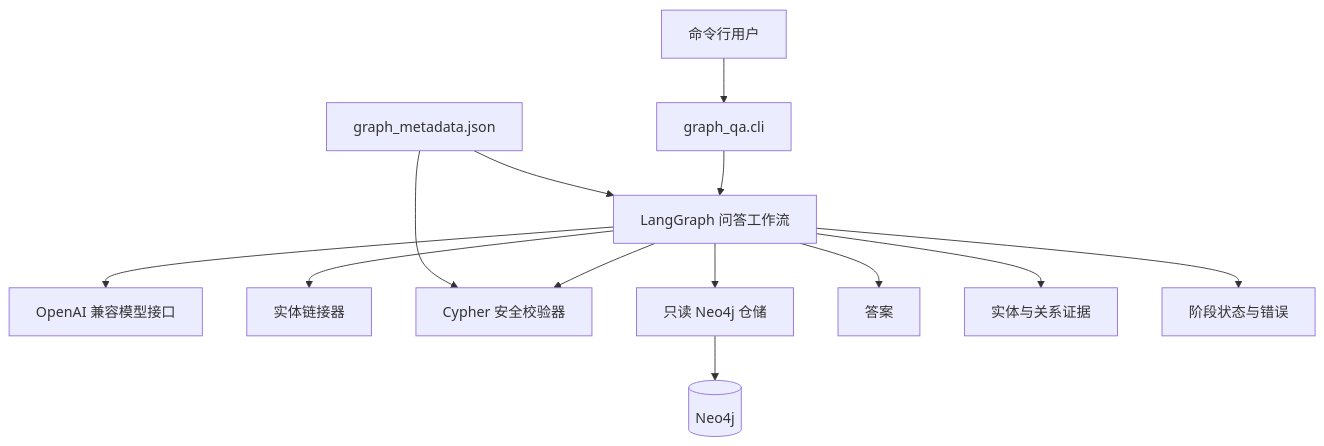
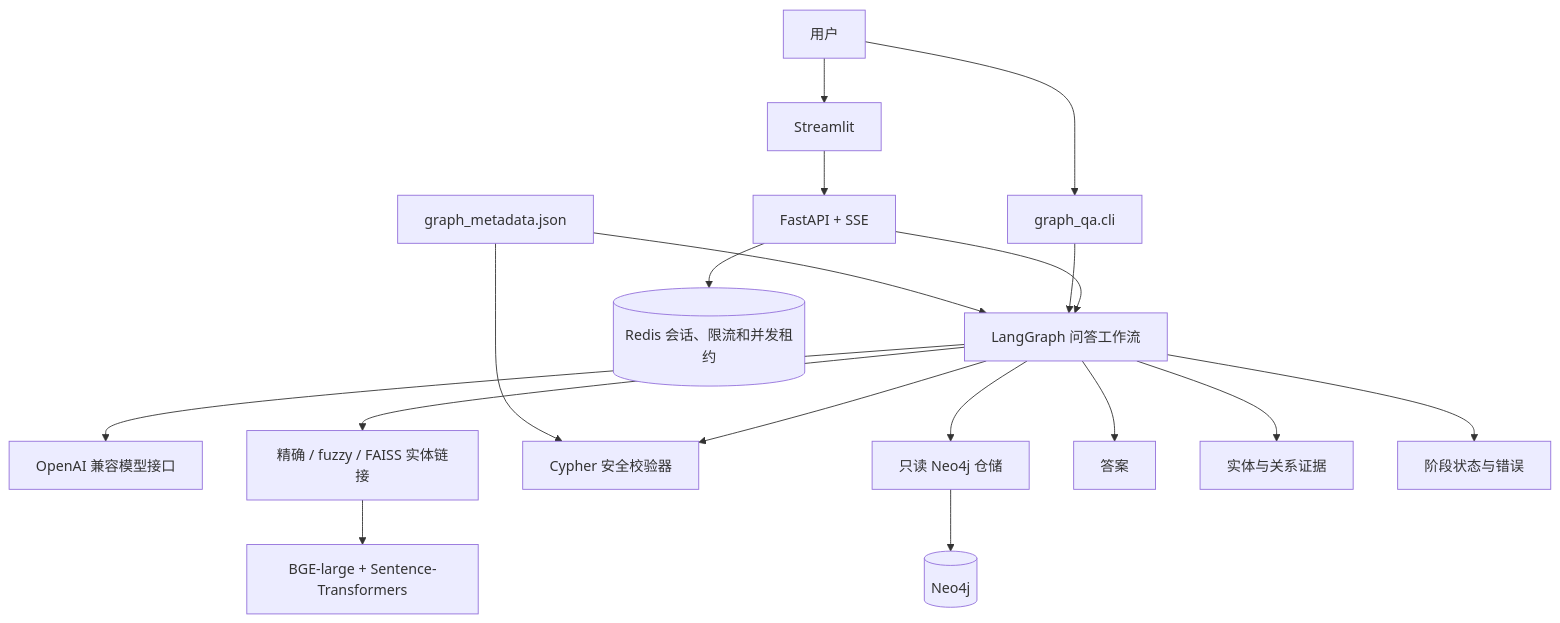
The first of 2 diagrams in docs/graph_qa/architecture.md (zhongzubin/Chinese_medicine_knowledgegraph), drawn with Mermaid before and after one commit. The commit also changed other lines of this file and 5 other files, not shown here.

Commit message:
docs(graph_qa): synchronize current M1-M4 status

````diff
--- a/docs/graph_qa/architecture.md
+++ b/docs/graph_qa/architecture.md
@@ -22,18 +22,23 @@
 ```mermaid
 flowchart TB
-    User[命令行用户] --> CLI[graph_qa.cli]
-    CLI --> Workflow[LangGraph 问答工作流]
+    User[用户] --> UI[Streamlit]
+    User --> CLI[graph_qa.cli]
+    UI --> API[FastAPI + SSE]
+    API --> Workflow[LangGraph 问答工作流]
+    CLI --> Workflow
 
     Workflow --> LLM[OpenAI 兼容模型接口]
-    Workflow --> Linker[实体链接器]
+    Workflow --> Linker[精确 / fuzzy / FAISS 实体链接]
+    Linker --> Embed[BGE-large + Sentence-Transformers]
     Workflow --> Guard[Cypher 安全校验器]
     Workflow --> Repo[只读 Neo4j 仓储]
+    API --> Redis[(Redis 会话、限流和并发租约)]
 
     Metadata[graph_metadata.json] --> Workflow
     Metadata --> Guard
     Repo --> Neo4j[(Neo4j)]
 
     Workflow --> Result[答案]
     Workflow --> Evidence[实体与关系证据]
     Workflow --> Trace[阶段状态与错误]
 ```
````
